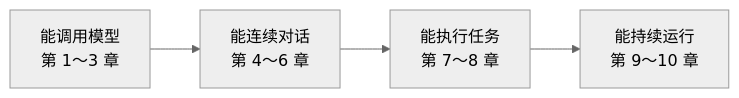
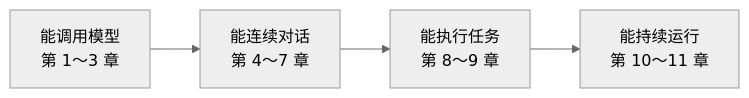
The diagram in src/content/notes/pi-agent-kernel-guide/00-overview.md (Superlit-CC/github-personal-intro), drawn with Mermaid (neutral theme) before and after one commit. The commit also changed other lines of this file and 2 other files, not shown here.

````diff
--- a/src/content/notes/pi-agent-kernel-guide/00-overview.md
+++ b/src/content/notes/pi-agent-kernel-guide/00-overview.md
@@ -22,11 +22,11 @@
 ```mermaid
 flowchart LR
     accTitle: 系列学习路线
     accDescr: 从调用模型到连续对话、执行任务，最后持续运行。
     Call["能调用模型<br/>第 1～3 章"]
-    Talk["能连续对话<br/>第 4～6 章"]
-    Act["能执行任务<br/>第 7～8 章"]
-    Run["能持续运行<br/>第 9～10 章"]
+    Talk["能连续对话<br/>第 4～7 章"]
+    Act["能执行任务<br/>第 8～9 章"]
+    Run["能持续运行<br/>第 10～11 章"]
 
     Call --> Talk --> Act --> Run
 ```
````
